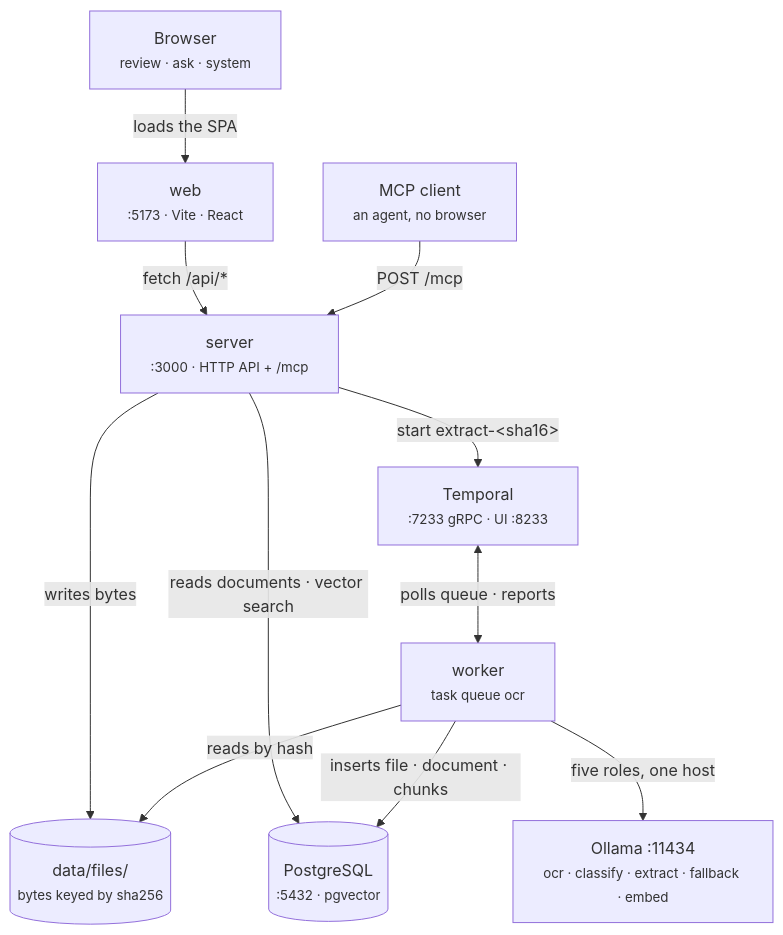
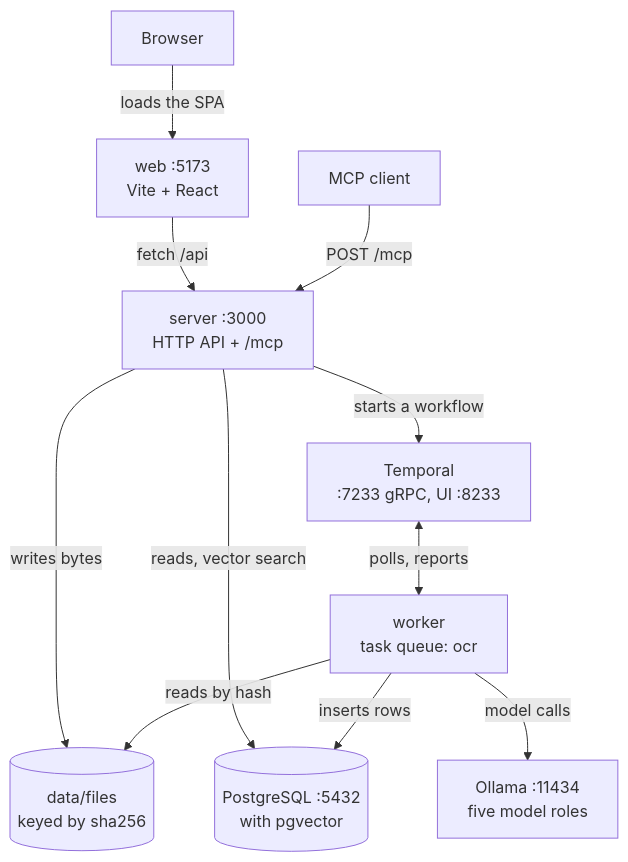
Before and after one commit to rahulranjan14/localScan: the first of 4 diagrams in docs/ARCHITECTURE.md, drawn with Mermaid. The commit also changed other lines of this file, not shown here.

First line of the commit message:
fix(docs): mermaid labels were being clipped when rendered

````diff
--- a/docs/ARCHITECTURE.md
+++ b/docs/ARCHITECTURE.md
@@ -18,23 +18,23 @@
 ```mermaid
 flowchart TB
-    browser["Browser<br/><small>review · ask · system</small>"]
-    agent["MCP client<br/><small>an agent, no browser</small>"]
-    web["web<br/><small>:5173 · Vite · React</small>"]
-    server["server<br/><small>:3000 · HTTP API + /mcp</small>"]
-    files[("data/files/<br/><small>bytes keyed by sha256</small>")]
-    temporal["Temporal<br/><small>:7233 gRPC · UI :8233</small>"]
-    pg[("PostgreSQL<br/><small>:5432 · pgvector</small>")]
-    worker["worker<br/><small>task queue ocr</small>"]
-    ollama["Ollama :11434<br/><small>ocr · classify · extract · fallback · embed</small>"]
+    browser["Browser"]
+    agent["MCP client"]
+    web["web :5173<br/>Vite + React"]
+    server["server :3000<br/>HTTP API + /mcp"]
+    files[("data/files<br/>keyed by sha256")]
+    temporal["Temporal<br/>:7233 gRPC, UI :8233"]
+    pg[("PostgreSQL :5432<br/>with pgvector")]
+    worker["worker<br/>task queue: ocr"]
+    ollama["Ollama :11434<br/>five model roles"]
 
     browser -->|loads the SPA| web
-    web -->|fetch /api/*| server
+    web -->|fetch /api| server
     agent -->|POST /mcp| server
     server -->|writes bytes| files
-    server -->|"start extract-&lt;sha16&gt;"| temporal
-    server -->|reads documents · vector search| pg
-    temporal <-->|polls queue · reports| worker
+    server -->|starts a workflow| temporal
+    server -->|reads, vector search| pg
+    temporal <-->|polls, reports| worker
     worker -->|reads by hash| files
-    worker -->|inserts file · document · chunks| pg
-    worker -->|five roles, one host| ollama
+    worker -->|inserts rows| pg
+    worker -->|model calls| ollama
 ```
````
